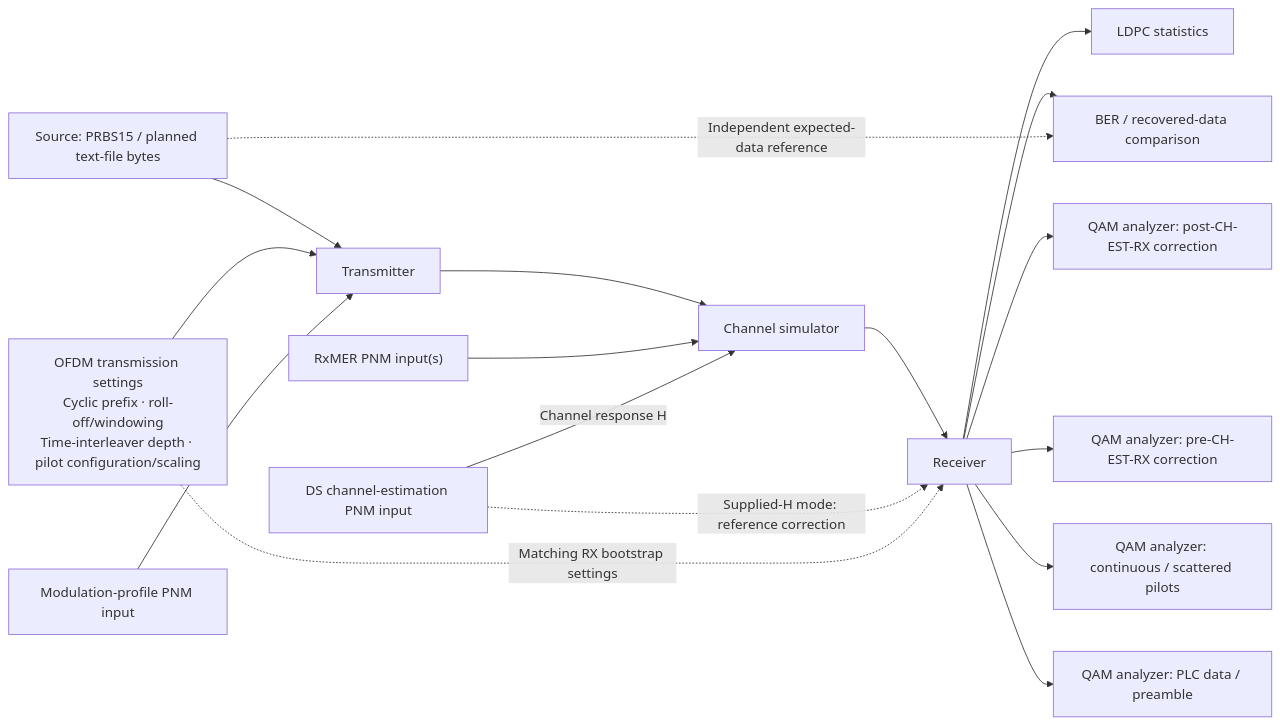
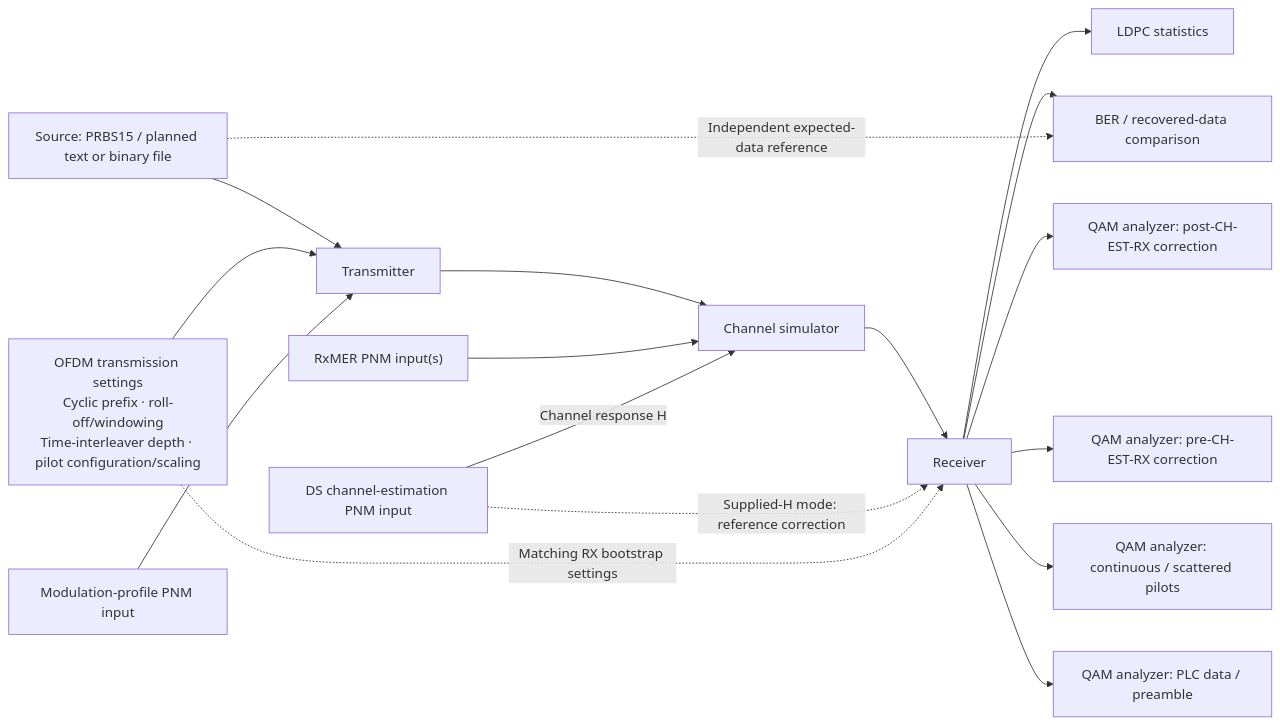
Before and after one commit to mgarcia01752/merlin: the first of 2 diagrams in docs/architecture.md, drawn with Mermaid. The commit also changed other lines of this file and 2 other files, not shown here.

````diff
--- a/docs/architecture.md
+++ b/docs/architecture.md
@@ -81,18 +81,18 @@
 ```mermaid
 flowchart LR
-    SOURCE["Source: PRBS15 / planned text-file bytes"] --> TX["Transmitter"]
+    SOURCE["Source: PRBS15 / planned text or binary file"] --> TX["Transmitter"]
     SETTINGS["OFDM transmission settings<br/>Cyclic prefix · roll-off/windowing<br/>Time-interleaver depth · pilot configuration/scaling"] --> TX
     PROFILE["Modulation-profile PNM input"] --> TX
     TX --> CH["Channel simulator"] --> RX["Receiver"]
     MER["RxMER PNM input(s)"] --> CH
     CE["DS channel-estimation PNM input"] -->|"Channel response H"| CH
     CE -. "Supplied-H mode: reference correction" .-> RX
     SETTINGS -. "Matching RX bootstrap settings" .-> RX
     RX --> LDPC["LDPC statistics"]
     RX --> BER["BER / recovered-data comparison"]
     SOURCE -. "Independent expected-data reference" .-> BER
     RX --> POST["QAM analyzer: post-CH-EST-RX correction"]
     RX --> PRE["QAM analyzer: pre-CH-EST-RX correction"]
     RX --> PILOTS["QAM analyzer: continuous / scattered pilots"]
     RX --> PLC["QAM analyzer: PLC data / preamble"]
 ```
````
